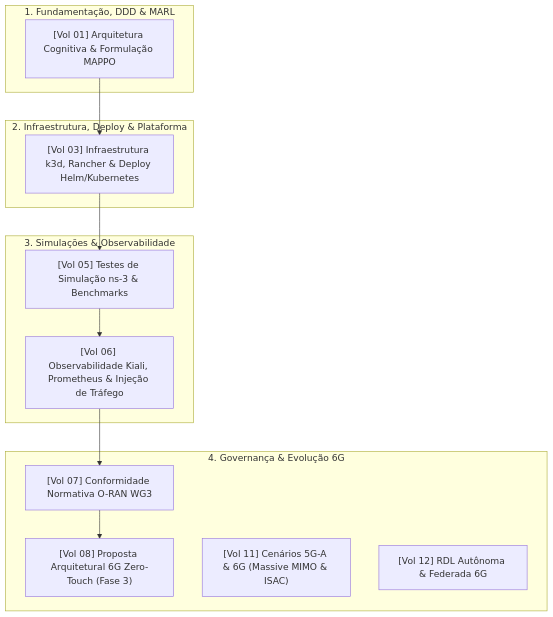
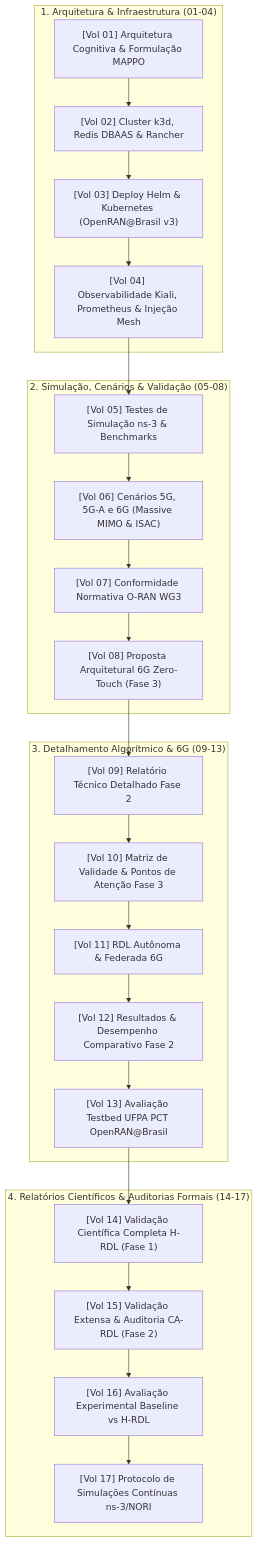
The diagram in docs/README.md (georgebarbosa3090/XApp-RDL-F2), drawn with Mermaid before and after one commit. The commit also changed other lines of this file and 45 other files, not shown here.

Commit message:
feat(docs,core,deploy): reorganize 17-volume docs sequence, purge mocks, fix container runtime lifecycle and rmr routing

````diff
--- a/docs/README.md
+++ b/docs/README.md
@@ -26,24 +26,33 @@
 ```mermaid
 graph TD
-    subgraph S1["1. Fundamentação, DDD & MARL"]
+    subgraph S1["1. Arquitetura & Infraestrutura (01-04)"]
         V01["[Vol 01] Arquitetura Cognitiva & Formulação MAPPO"]
+        V02["[Vol 02] Cluster k3d, Redis DBAAS & Rancher"]
+        V03["[Vol 03] Deploy Helm & Kubernetes (OpenRAN@Brasil v3)"]
+        V04["[Vol 04] Observabilidade Kiali, Prometheus & Injeção Mesh"]
     end
 
-    subgraph S2["2. Infraestrutura, Deploy & Plataforma"]
-        V03["[Vol 03] Infraestrutura k3d, Rancher & Deploy Helm/Kubernetes"]
+    subgraph S2["2. Simulação, Cenários & Validação (05-08)"]
+        V05["[Vol 05] Testes de Simulação ns-3 & Benchmarks"]
+        V06["[Vol 06] Cenários 5G, 5G-A e 6G (Massive MIMO & ISAC)"]
+        V07["[Vol 07] Conformidade Normativa O-RAN WG3"]
+        V08["[Vol 08] Proposta Arquitetural 6G Zero-Touch (Fase 3)"]
     end
 
-    subgraph S3["3. Simulações & Observabilidade"]
-        V05["[Vol 05] Testes de Simulação ns-3 & Benchmarks"]
-        V06["[Vol 06] Observabilidade Kiali, Prometheus & Injeção de Tráfego"]
+    subgraph S3["3. Detalhamento Algorítmico & 6G (09-13)"]
+        V09["[Vol 09] Relatório Técnico Detalhado Fase 2"]
+        V10["[Vol 10] Matriz de Validade & Pontos de Atenção Fase 3"]
+        V11["[Vol 11] RDL Autônoma & Federada 6G"]
+        V12["[Vol 12] Resultados & Desempenho Comparativo Fase 2"]
+        V13["[Vol 13] Avaliação Testbed UFPA PCT OpenRAN@Brasil"]
     end
 
-    subgraph S4["4. Governança & Evolução 6G"]
-        V07["[Vol 07] Conformidade Normativa O-RAN WG3"]
-        V08["[Vol 08] Proposta Arquitetural 6G Zero-Touch (Fase 3)"]
-        V11["[Vol 11] Cenários 5G-A & 6G (Massive MIMO & ISAC)"]
-        V12["[Vol 12] RDL Autônoma & Federada 6G"]
+    subgraph S4["4. Relatórios Científicos & Auditorias Formais (14-17)"]
+        V14["[Vol 14] Validação Científica Completa H-RDL (Fase 1)"]
+        V15["[Vol 15] Validação Extensa & Auditoria CA-RDL (Fase 2)"]
+        V16["[Vol 16] Avaliação Experimental Baseline vs H-RDL"]
+        V17["[Vol 17] Protocolo de Simulações Contínuas ns-3/NORI"]
     end
 
-    V01 --> V03 --> V05 --> V06 --> V07 --> V08
+    V01 --> V02 --> V03 --> V04 --> V05 --> V06 --> V07 --> V08 --> V09 --> V10 --> V11 --> V12 --> V13 --> V14 --> V15 --> V16 --> V17
 ```
````
